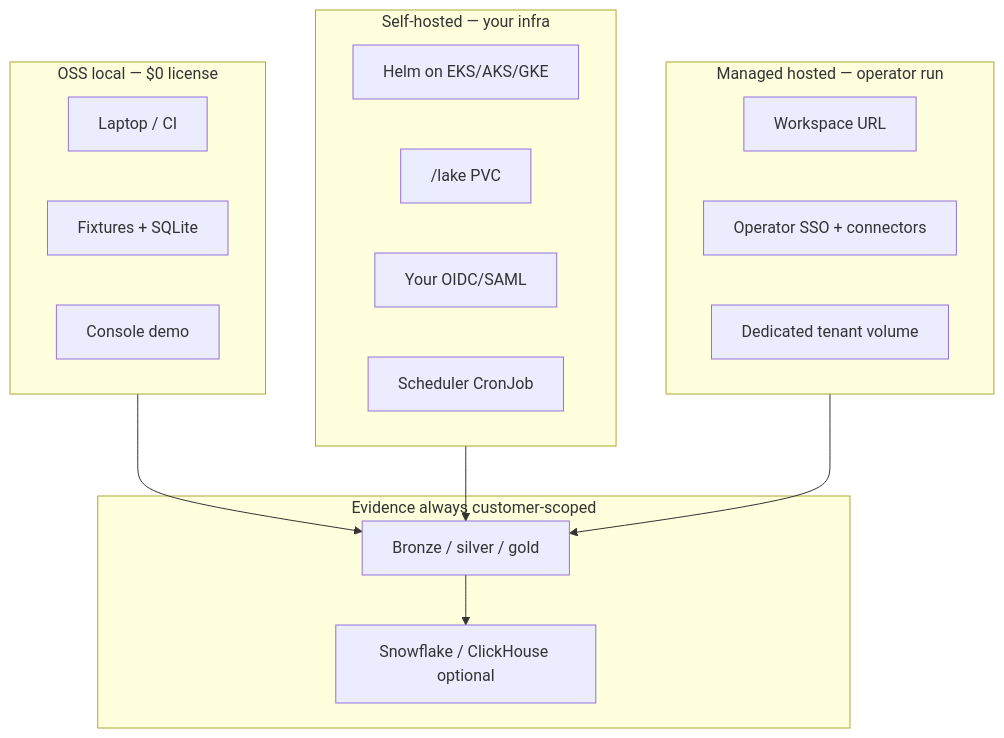
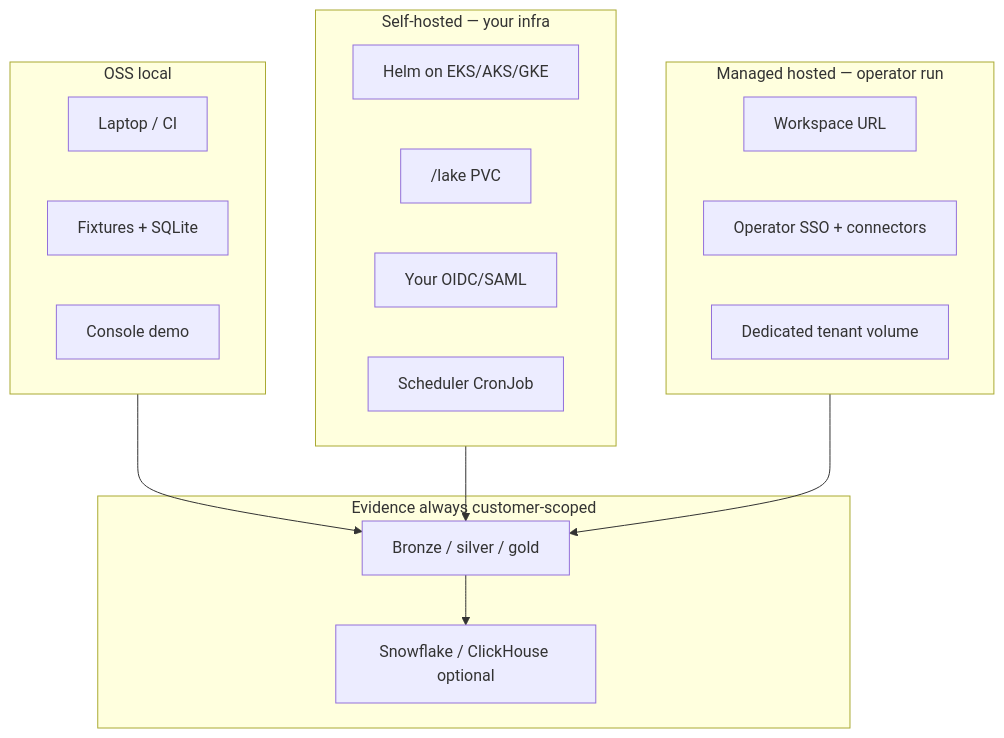
The diagram in docs/diagrams/deployment-models.md (msaad00/trustops-security-data-lake), drawn with Mermaid before and after one commit. The commit also changed other lines of this file and 14 other files, not shown here.

````diff
--- a/docs/diagrams/deployment-models.md
+++ b/docs/diagrams/deployment-models.md
@@ -5,31 +5,31 @@
 ```mermaid
 flowchart TB
-  subgraph OSS["OSS local — $0 license"]
+  subgraph OSS["OSS local"]
     LAP["Laptop / CI"]
     FIX["Fixtures + SQLite"]
     DEMO["Console demo"]
   end
 
   subgraph SH["Self-hosted — your infra"]
     HELM["Helm on EKS/AKS/GKE"]
     PVC["/lake PVC"]
     SSO["Your OIDC/SAML"]
     SCHED["Scheduler CronJob"]
   end
 
   subgraph MH["Managed hosted — operator run"]
     URL["Workspace URL"]
     OP["Operator SSO + connectors"]
     TEN["Dedicated tenant volume"]
   end
 
   subgraph Evidence["Evidence always customer-scoped"]
     LAKE["Bronze / silver / gold"]
     WH["Snowflake / ClickHouse optional"]
   end
 
   OSS --> LAKE
   SH --> LAKE
   MH --> LAKE
   LAKE --> WH
 ```
````
